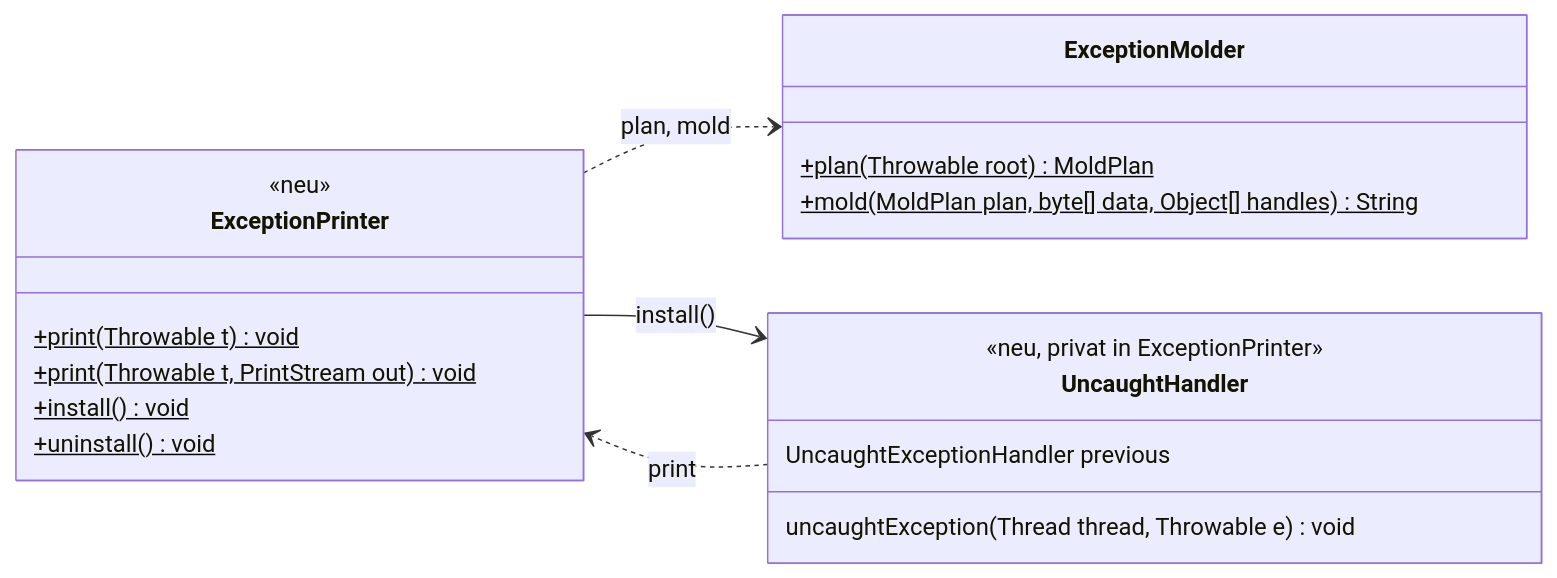
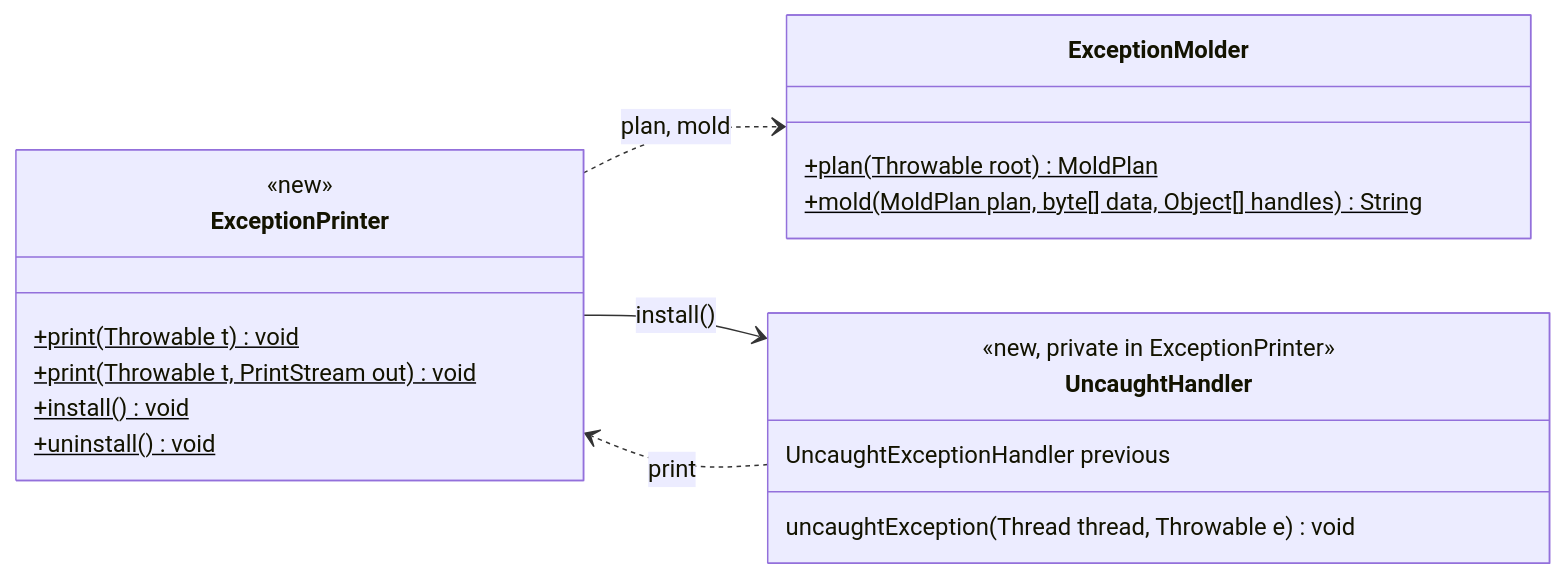
One commit to mormeli/MoldableExceptionsJava changed the third of 4 diagrams in docs/design-runtime-in-library.md. Above: the diagram before and after it, drawn with Mermaid. The commit also changed other lines of this file and 9 other files, not shown here.

````diff
--- a/docs/design-runtime-in-library.md
+++ b/docs/design-runtime-in-library.md
@@ -201,27 +203,27 @@
 ```mermaid
 classDiagram
   direction LR
 
   class ExceptionPrinter {
-    <<neu>>
+    <<new>>
     +print(Throwable t)$ void
     +print(Throwable t, PrintStream out)$ void
     +install()$ void
     +uninstall()$ void
   }
 
   class UncaughtHandler {
-    <<neu, privat in ExceptionPrinter>>
+    <<new, private in ExceptionPrinter>>
     UncaughtExceptionHandler previous
     uncaughtException(Thread thread, Throwable e) void
   }
 
   class ExceptionMolder {
     +plan(Throwable root)$ MoldPlan
     +mold(MoldPlan plan, byte[] data, Object[] handles)$ String
   }
 
   ExceptionPrinter ..> ExceptionMolder : plan, mold
   ExceptionPrinter --> UncaughtHandler : install()
   UncaughtHandler ..> ExceptionPrinter : print
 ```
````
